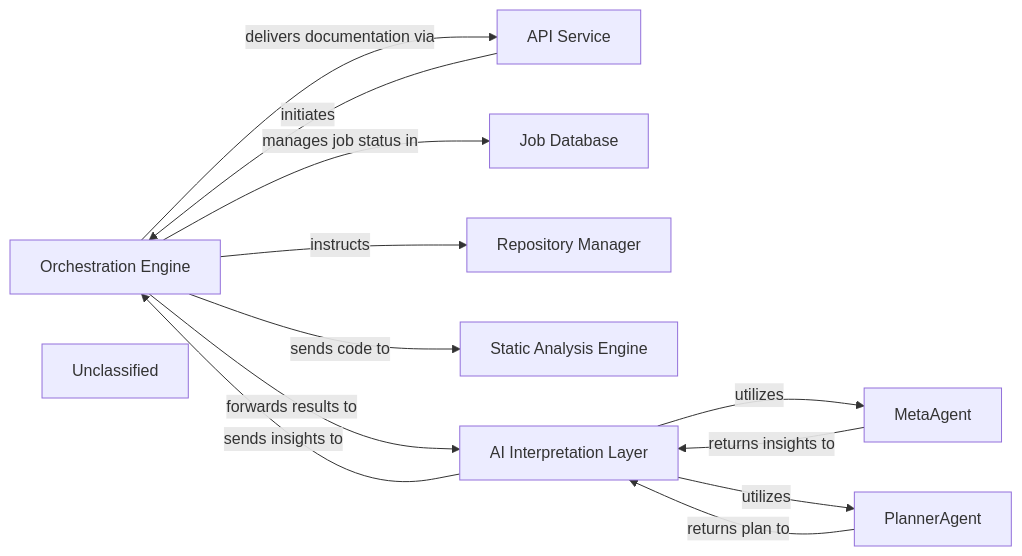
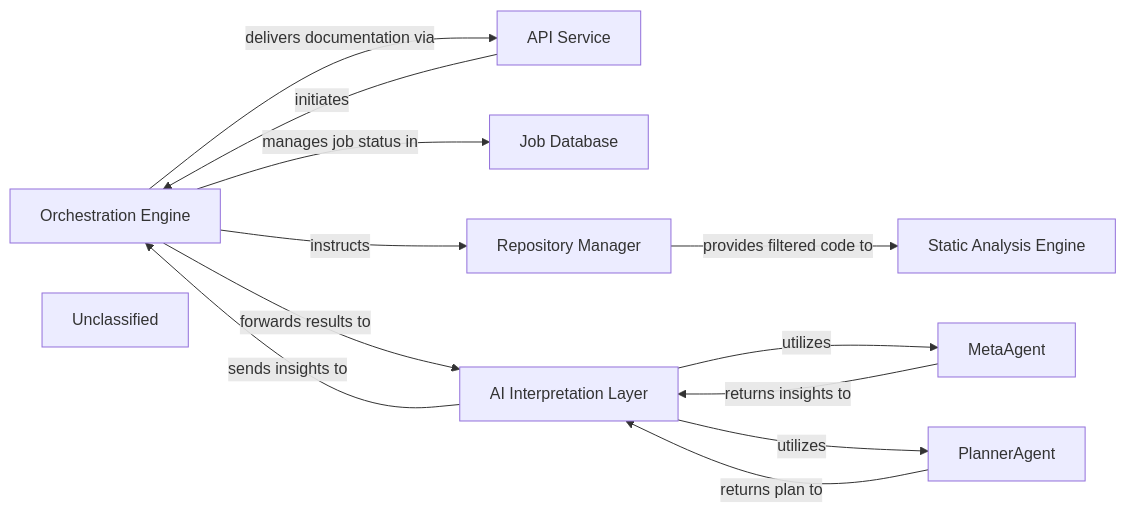
Before and after one commit to CodeBoarding/CodeBoarding: the diagram in .codeboarding/Orchestration_Engine.md, drawn with Mermaid. The commit also changed other lines of this file and 11 other files, not shown here.

First line of the commit message:
docs: update codeboarding documentation and generate architecture

````diff
--- a/.codeboarding/Orchestration_Engine.md
+++ b/.codeboarding/Orchestration_Engine.md
@@ -1,25 +1,25 @@
 ```mermaid
 graph LR
     Orchestration_Engine["Orchestration Engine"]
     API_Service["API Service"]
     Job_Database["Job Database"]
     Repository_Manager["Repository Manager"]
     Static_Analysis_Engine["Static Analysis Engine"]
     AI_Interpretation_Layer["AI Interpretation Layer"]
     MetaAgent["MetaAgent"]
     PlannerAgent["PlannerAgent"]
     Unclassified["Unclassified"]
     API_Service -- "initiates" --> Orchestration_Engine
     Orchestration_Engine -- "manages job status in" --> Job_Database
     Orchestration_Engine -- "instructs" --> Repository_Manager
-    Orchestration_Engine -- "sends code to" --> Static_Analysis_Engine
+    Repository_Manager -- "provides filtered code to" --> Static_Analysis_Engine
     Orchestration_Engine -- "forwards results to" --> AI_Interpretation_Layer
     AI_Interpretation_Layer -- "utilizes" --> MetaAgent
     AI_Interpretation_Layer -- "utilizes" --> PlannerAgent
     MetaAgent -- "returns insights to" --> AI_Interpretation_Layer
     PlannerAgent -- "returns plan to" --> AI_Interpretation_Layer
     AI_Interpretation_Layer -- "sends insights to" --> Orchestration_Engine
     Orchestration_Engine -- "delivers documentation via" --> API_Service
     click Orchestration_Engine href "https://github.com/CodeBoarding/CodeBoarding/blob/main/.codeboarding/Orchestration_Engine.md" "Details"
     click Static_Analysis_Engine href "https://github.com/CodeBoarding/CodeBoarding/blob/main/.codeboarding/Static_Analysis_Engine.md" "Details"
 ```
````
